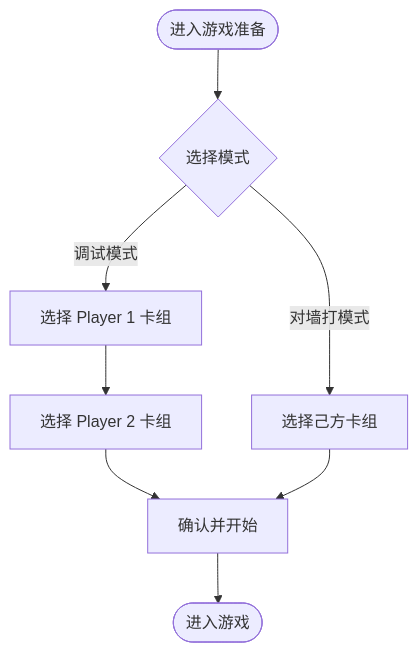
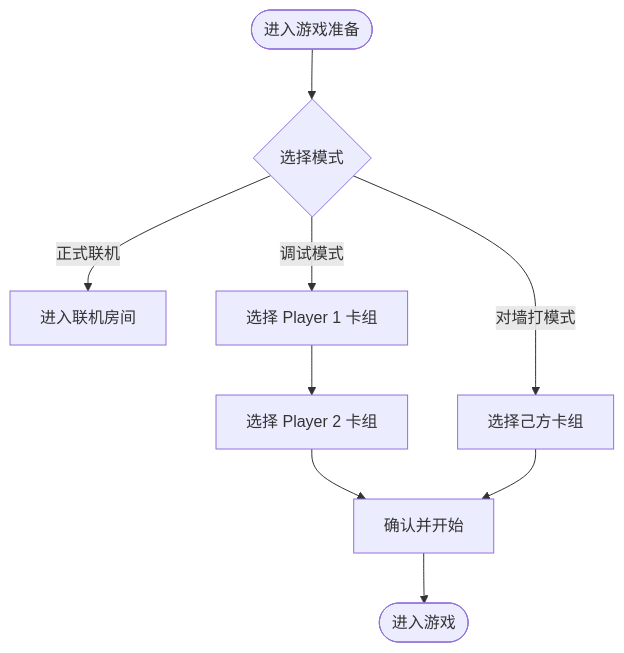
One commit to catmeow123456/loveca-dev changed the first of 3 diagrams in docs/solitaire-mode-requirements.md. Above: the diagram before and after it, drawn with Mermaid. The commit also changed other lines of this file and 13 other files, not shown here.

````diff
--- a/docs/solitaire-mode-requirements.md
+++ b/docs/solitaire-mode-requirements.md
@@ -63,10 +63,11 @@
 ```mermaid
 flowchart TD
     Start(["进入游戏准备"]) --> ModeSelect{"选择模式"}
+    ModeSelect -->|"正式联机"| OnlineRoom["进入联机房间"]
     ModeSelect -->|"调试模式"| P1Select["选择 Player 1 卡组"]
     ModeSelect -->|"对墙打模式"| SoloSelect["选择己方卡组"]
     P1Select --> P2Select["选择 Player 2 卡组"]
     P2Select --> Confirm["确认并开始"]
     SoloSelect --> Confirm
     Confirm --> GameStart(["进入游戏"])
 ```
````
